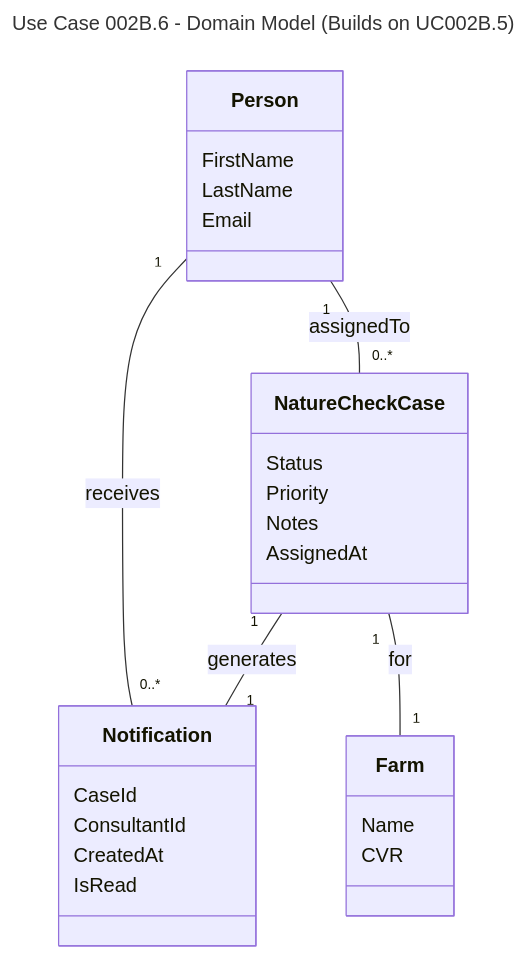
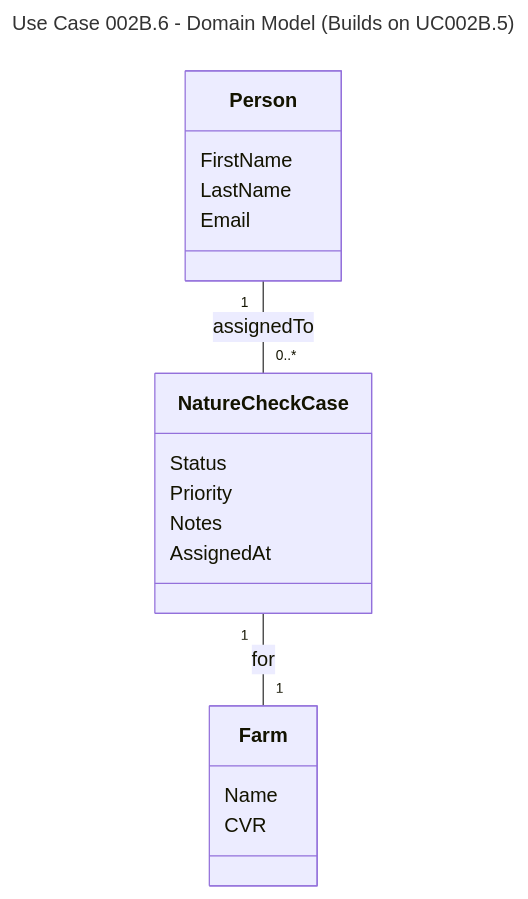
Before and after one commit to DMOoF25-TEAM11/ArlaNatureConnect: the diagram in docs/UseCase002B-AssignNatureCheckCase/UserStories/UC002B.6-ViewConsultantNotifications/UC002B.6-DomainModel.md, drawn with Mermaid. The commit also changed other lines of this file and 65 other files, not shown here.

Commit message:
Update of UML

````diff
--- a/docs/UseCase002B-AssignNatureCheckCase/UserStories/UC002B.6-ViewConsultantNotifications/UC002B.6-DomainModel.md
+++ b/docs/UseCase002B-AssignNatureCheckCase/UserStories/UC002B.6-ViewConsultantNotifications/UC002B.6-DomainModel.md
@@ -5,38 +5,32 @@
 ```mermaid
 ---
 title: Use Case 002B.6 - Domain Model (Builds on UC002B.5)
 ---
 classDiagram
     direction TB
 
     class Person {
         FirstName
         LastName
         Email
     }
 
     class NatureCheckCase {
         Status
         Priority
         Notes
         AssignedAt
     }
 
-    class Notification {
-        CaseId
-        ConsultantId
-        CreatedAt
-        IsRead
-    }
-
     class Farm {
         Name
         CVR
     }
 
     %% Relationships
     Person "1" -- "0..*" NatureCheckCase : assignedTo
-    NatureCheckCase "1" -- "1" Notification : generates
-    Person "1" -- "0..*" Notification : receives
     NatureCheckCase "1" -- "1" Farm : for
+    
+    %% Note: Notification is NOT a domain entity
+    %% Notifications are generated as ConsultantNotificationDto objects from NatureCheckCase data
 ```
````
